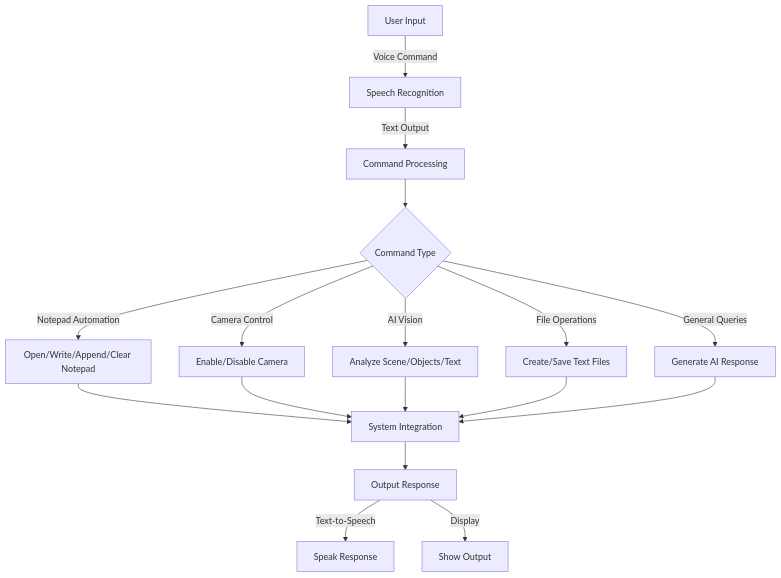
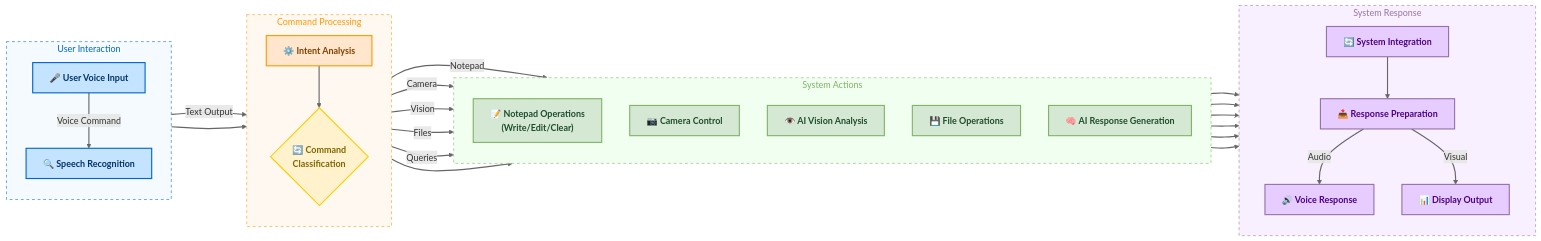
Before and after one commit to awiones/Liam-Ai: the diagram in README.md, drawn with Mermaid.

Commit message:
change graph flowchart

````diff
--- a/README.md
+++ b/README.md
@@ -44,19 +44,58 @@
 ```mermaid
-graph TD
-    A[User Input] -->|Voice Command| B[Speech Recognition]
-    B -->|Text Output| C[Command Processing]
-    C --> D{Command Type}
-    D -->|Notepad Automation| E[Open/Write/Append/Clear Notepad]
-    D -->|Camera Control| F[Enable/Disable Camera]
-    D -->|AI Vision| G[Analyze Scene/Objects/Text]
-    D -->|File Operations| H[Create/Save Text Files]
-    D -->|General Queries| I[Generate AI Response]
-    E --> J[System Integration]
+flowchart LR
+    subgraph Input ["User Interaction"]
+        direction TB
+        A["🎤 User Voice Input"] -->|Voice Command| B["🔍 Speech Recognition"]
+    end
+    
+    subgraph Processing ["Command Processing"]
+        direction TB
+        B -->|Text Output| C["⚙️ Intent Analysis"]
+        C --> D{"🔄 Command\nClassification"}
+    end
+    
+    subgraph Actions ["System Actions"]
+        direction TB
+        D -->|Notepad| E["📝 Notepad Operations\n(Write/Edit/Clear)"]
+        D -->|Camera| F["📷 Camera Control"]
+        D -->|Vision| G["👁️ AI Vision Analysis"]
+        D -->|Files| H["💾 File Operations"]
+        D -->|Queries| I["🧠 AI Response Generation"]
+    end
+    
+    subgraph Output ["System Response"]
+        direction TB
+        J["🔄 System Integration"] --> K["📤 Response Preparation"]
+        K -->|Audio| L["🔊 Voice Response"]
+        K -->|Visual| M["📊 Display Output"]
+    end
+    
+    E --> J
     F --> J
     G --> J
     H --> J
     I --> J
-    J --> K[Output Response]
-    K -->|Text-to-Speech| L[Speak Response]
-    K -->|Display| M[Show Output]
+    
+    Input --> Processing
+    Processing --> Actions
+    Actions --> Output
+    
+    classDef input fill:#c4e3ff,stroke:#0066cc,stroke-width:2px,color:#003366,font-weight:bold
+    classDef process fill:#ffe6cc,stroke:#ff9900,stroke-width:2px,color:#804000,font-weight:bold
+    classDef decision fill:#fff2cc,stroke:#ffcc00,stroke-width:2px,color:#806600,font-weight:bold,border-radius:12px
+    classDef action fill:#d5e8d4,stroke:#82b366,stroke-width:2px,color:#1e4d2a,font-weight:bold
+    classDef output fill:#e6ccff,stroke:#9673a6,stroke-width:2px,color:#4d0080,font-weight:bold
+    
+    class A,B input
+    class C process
+    class D decision
+    class E,F,G,H,I action
+    class J,K,L,M output
+    
+    linkStyle default stroke:#666,stroke-width:2px,fill:none
+    
+    style Input fill:#f5faff,stroke:#0066cc,stroke-width:1px,color:#0066cc,stroke-dasharray: 5 5
+    style Processing fill:#fff8f0,stroke:#ff9900,stroke-width:1px,color:#ff9900,stroke-dasharray: 5 5
+    style Actions fill:#f0fff0,stroke:#82b366,stroke-width:1px,color:#82b366,stroke-dasharray: 5 5
+    style Output fill:#f9f0ff,stroke:#9673a6,stroke-width:1px,color:#9673a6,stroke-dasharray: 5 5
 ```
````
